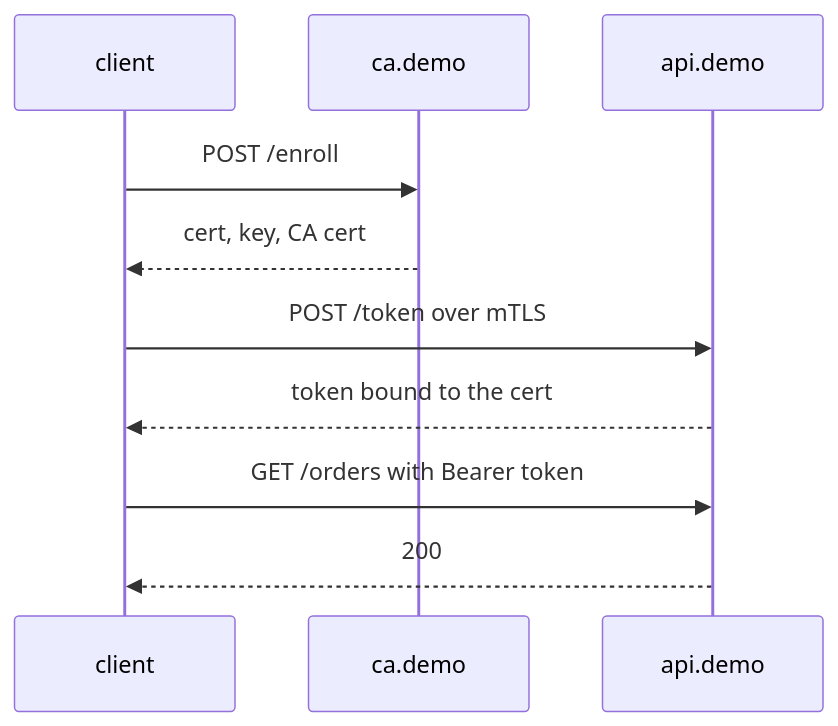
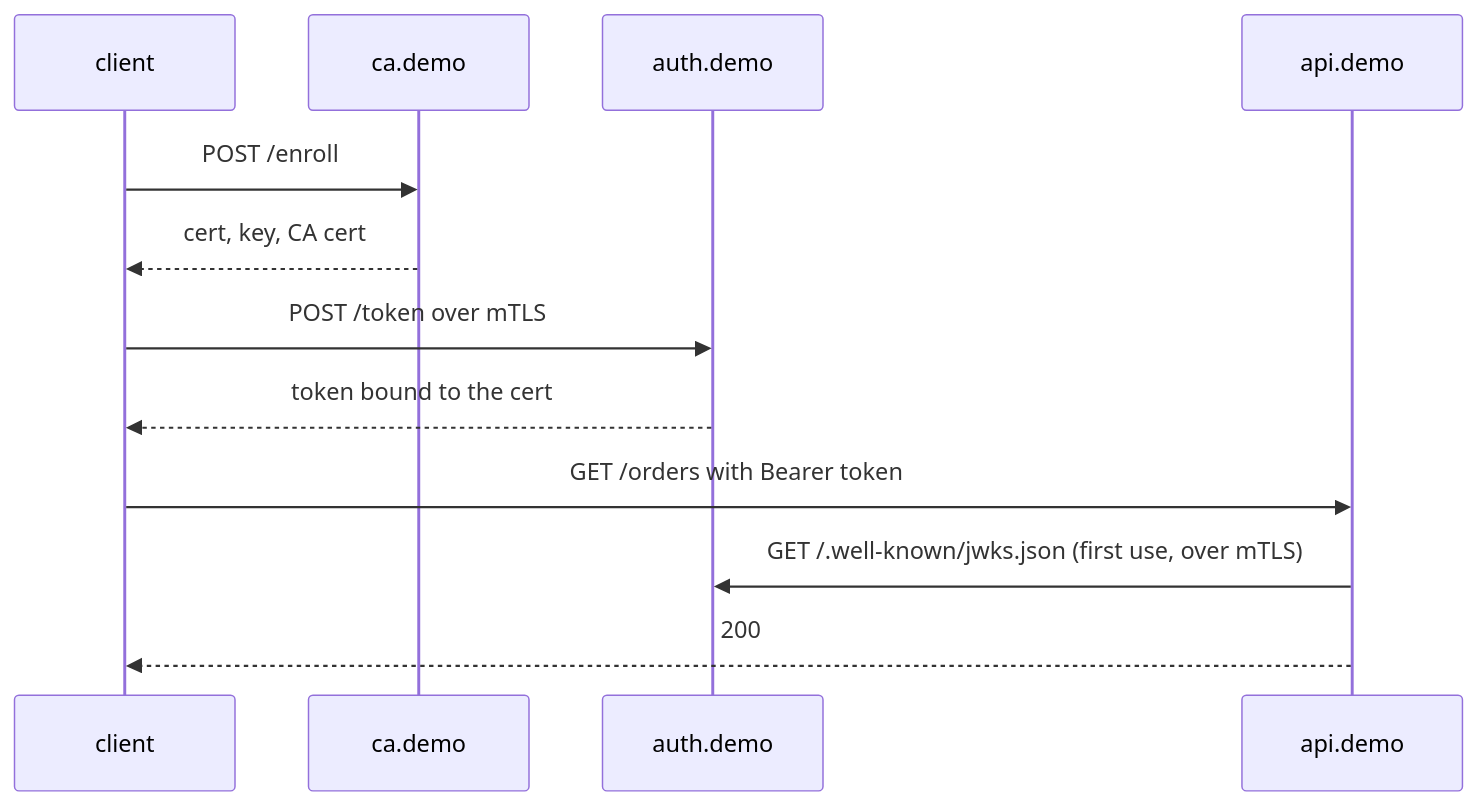
Before and after one commit to iamashraf/service-service-mtls: the diagram in guides/guide.md, drawn with Mermaid. The commit also changed other lines of this file and 4 other files, not shown here.

Commit message:
docs: update README, guides and diagram for auth, JWKS, exchange, gRPC and DPoP

````diff
--- a/guides/guide.md
+++ b/guides/guide.md
@@ -78,12 +88,14 @@
 ```mermaid
 sequenceDiagram
     participant client
     participant ca.demo
+    participant auth.demo
     participant api.demo
     client->>ca.demo: POST /enroll
     ca.demo-->>client: cert, key, CA cert
-    client->>api.demo: POST /token over mTLS
-    api.demo-->>client: token bound to the cert
+    client->>auth.demo: POST /token over mTLS
+    auth.demo-->>client: token bound to the cert
     client->>api.demo: GET /orders with Bearer token
+    api.demo->>auth.demo: GET /.well-known/jwks.json (first use, over mTLS)
     api.demo-->>client: 200
 ```
````
